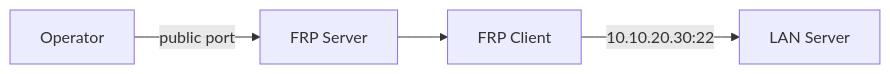
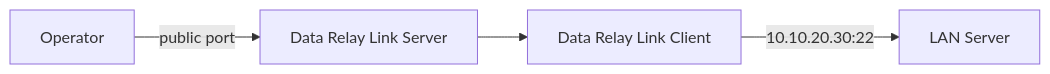
The second of 3 diagrams in guides/ssh.mdx (datarelay-labs/data-relay-link-docs), drawn with Mermaid before and after one commit. The commit also changed other lines of this file and 36 other files, not shown here.

````diff
--- a/guides/ssh.mdx
+++ b/guides/ssh.mdx
@@ -47,6 +47,6 @@
 ```mermaid
 flowchart LR
-    U[Operator] -->|public port| S[FRP Server]
-    S --> C[FRP Client]
+    U[Operator] -->|public port| S[Data Relay Link Server]
+    S --> C[Data Relay Link Client]
     C -->|10.10.20.30:22| H[LAN Server]
 ```
````
